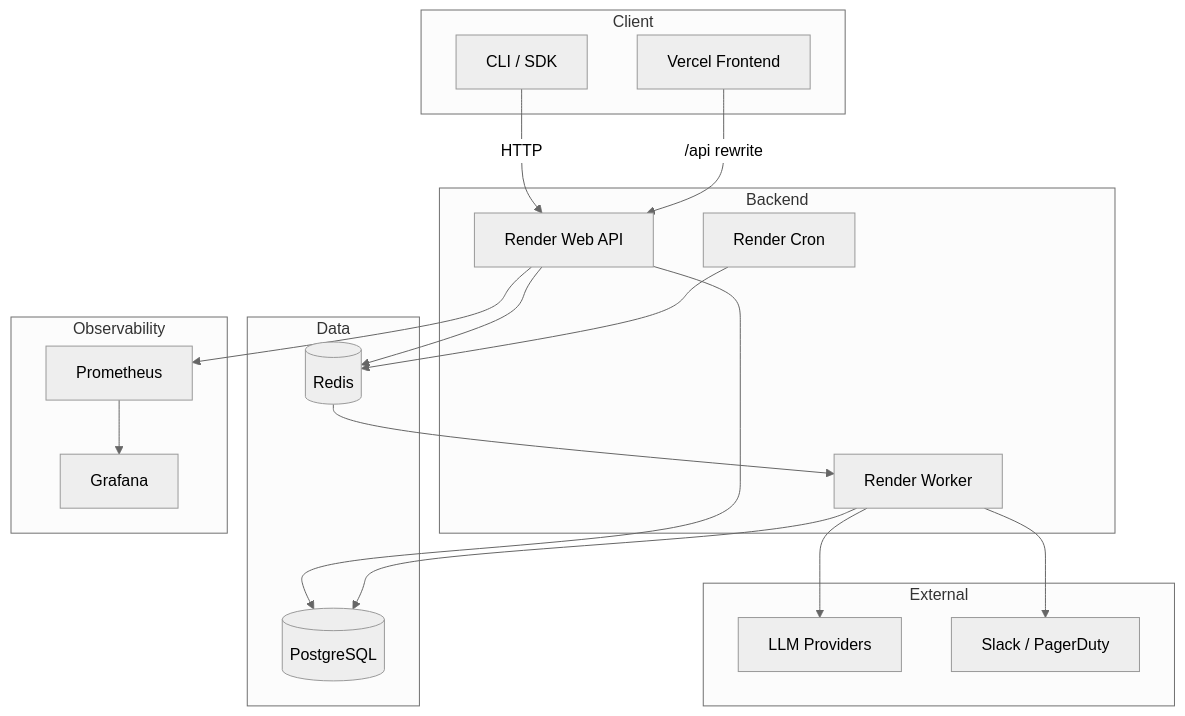
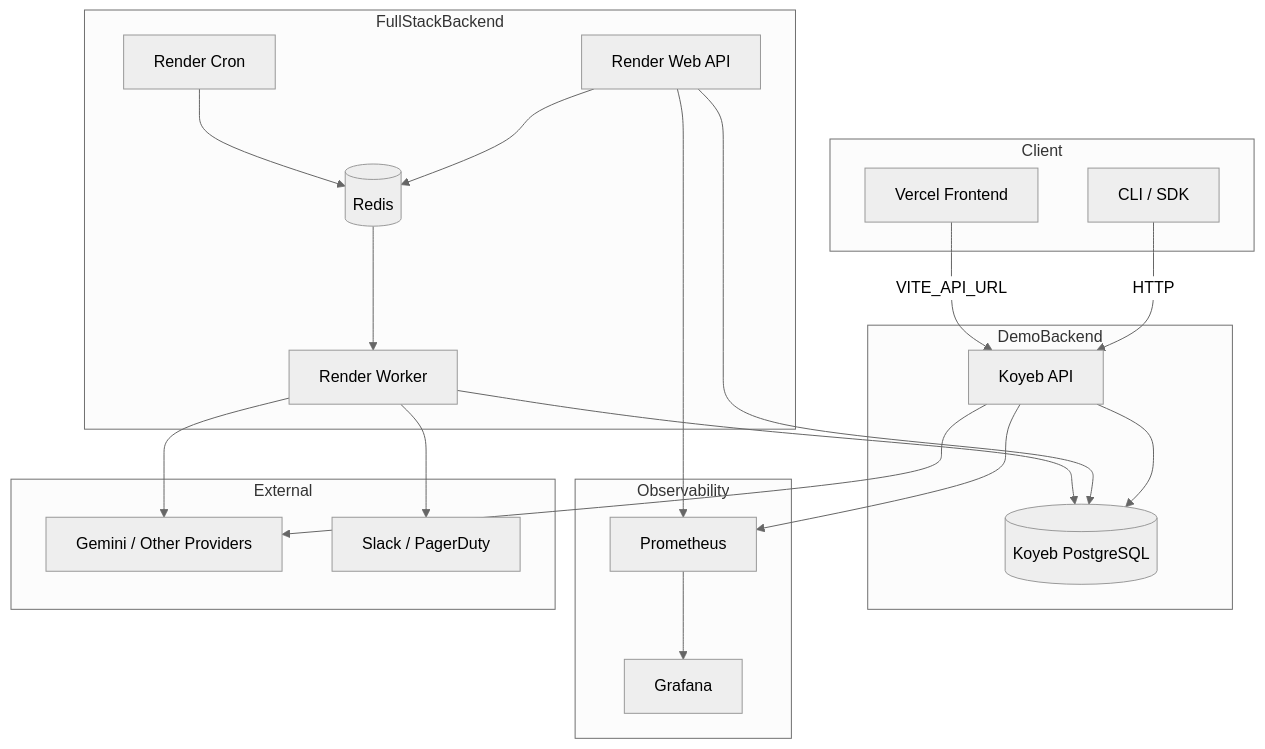
The diagram in README.md (sahelmain/DriftWatch), drawn with Mermaid (neutral theme) before and after one commit. The commit also changed other lines of this file and 37 other files, not shown here.

Commit message:
feat: add Gemini public demo deployment path

````diff
--- a/README.md
+++ b/README.md
@@ -22,40 +22,44 @@
 ```mermaid
 graph TB
     subgraph Client
         CLI[CLI / SDK]
         Dashboard[Vercel Frontend]
     end
 
-    subgraph Backend
-        API[Render Web API]
+    subgraph DemoBackend
+        API[Koyeb API]
+        DB[(Koyeb PostgreSQL)]
+    end
+
+    subgraph FullStackBackend
+        RenderAPI[Render Web API]
         Workers[Render Worker]
         Scheduler[Render Cron]
-    end
-
-    subgraph Data
-        DB[(PostgreSQL)]
         Redis[(Redis)]
     end
 
     subgraph Observability
         Prom[Prometheus]
         Graf[Grafana]
     end
 
     subgraph External
-        LLM[LLM Providers]
+        LLM[Gemini / Other Providers]
         Notify[Slack / PagerDuty]
     end
 
     CLI -->|HTTP| API
-    Dashboard -->|/api rewrite| API
+    Dashboard -->|VITE_API_URL| API
     API --> DB
-    API --> Redis
+    RenderAPI --> DB
+    RenderAPI --> Redis
     Redis --> Workers
     Scheduler --> Redis
     Workers --> DB
     Workers --> LLM
     Workers --> Notify
+    API --> LLM
     API --> Prom
+    RenderAPI --> Prom
     Prom --> Graf
 ```
````
